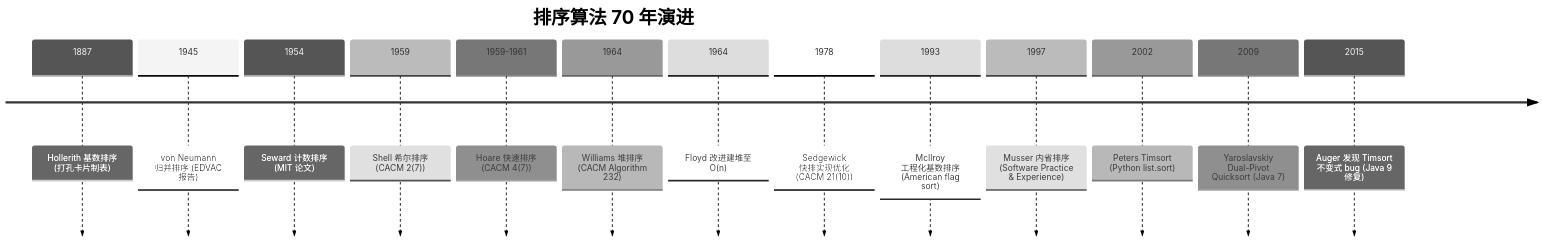
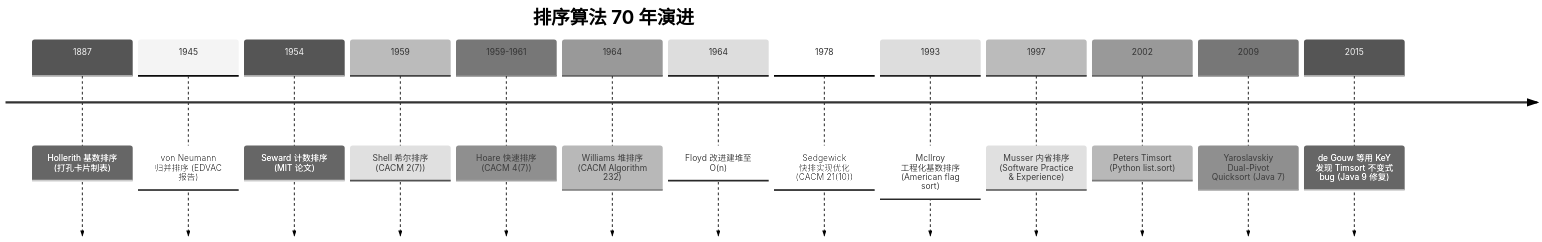
One commit to fanquanpp/FANDEX changed the diagram in cnt-content/full/020-algorithm/035-AdvancedSortAndLinearSort.md. Above: the diagram before and after it, drawn with Mermaid (neutral theme). The commit also changed other lines of this file and 1501 other files, not shown here.

````diff
--- a/cnt-content/full/020-algorithm/035-AdvancedSortAndLinearSort.md
+++ b/cnt-content/full/020-algorithm/035-AdvancedSortAndLinearSort.md
@@ -98,17 +98,17 @@
 ```mermaid
 timeline
     title 排序算法 70 年演进
     1887 : Hollerith 基数排序 (打孔卡片制表)
     1945 : von Neumann 归并排序 (EDVAC 报告)
     1954 : Seward 计数排序 (MIT 论文)
     1959 : Shell 希尔排序 (CACM 2(7))
     1959-1961 : Hoare 快速排序 (CACM 4(7))
     1964 : Williams 堆排序 (CACM Algorithm 232)
     1964 : Floyd 改进建堆至 O(n)
     1978 : Sedgewick 快排实现优化 (CACM 21(10))
     1993 : McIlroy 工程化基数排序 (American flag sort)
     1997 : Musser 内省排序 (Software Practice & Experience)
     2002 : Peters Timsort (Python list.sort)
     2009 : Yaroslavskiy Dual-Pivot Quicksort (Java 7)
-    2015 : Auger 发现 Timsort 不变式 bug (Java 9 修复)
+    2015 : de Gouw 等用 KeY 发现 Timsort 不变式 bug (Java 9 修复)
 ```
````
